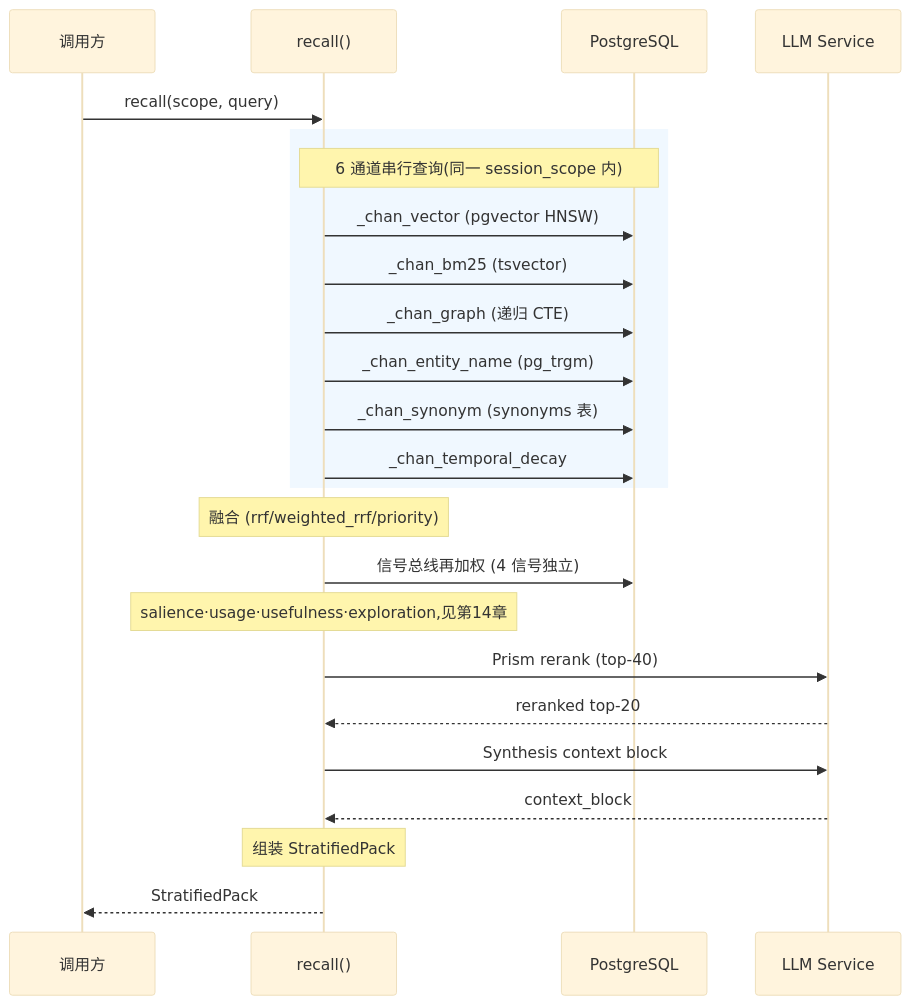
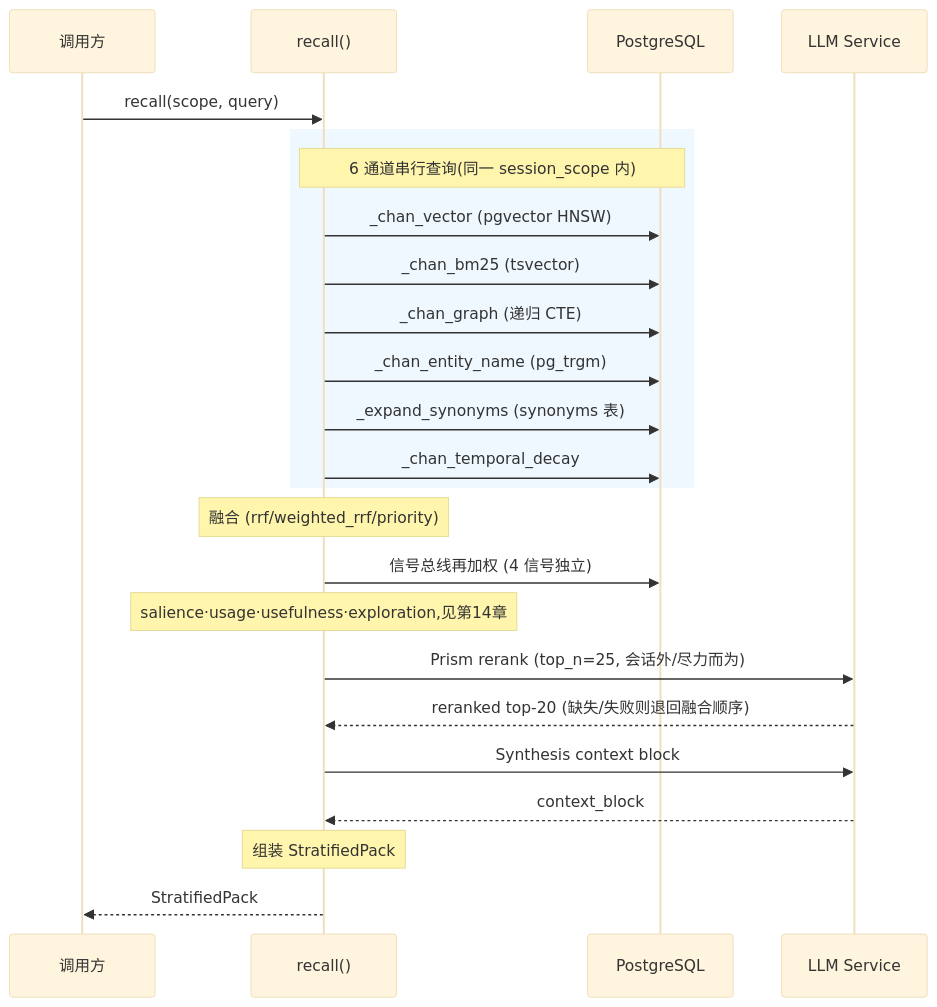
Before and after one commit to pty819/cortex-py-book: the second of 2 diagrams in source/chapters/16-rrf-fusion.md, drawn with Mermaid (base theme). The commit also changed other lines of this file and 27 other files, not shown here.

````diff
--- a/source/chapters/16-rrf-fusion.md
+++ b/source/chapters/16-rrf-fusion.md
@@ -169,34 +182,34 @@
 ```{mermaid}
 sequenceDiagram
     participant C as 调用方
     participant R as recall()
     participant DB as PostgreSQL
     participant LLM as LLM Service
     
     C->>R: recall(scope, query)
     
     rect rgb(240,248,255)
         Note over R,DB: 6 通道串行查询(同一 session_scope 内)
         R->>DB: _chan_vector (pgvector HNSW)
         R->>DB: _chan_bm25 (tsvector)
         R->>DB: _chan_graph (递归 CTE)
         R->>DB: _chan_entity_name (pg_trgm)
-        R->>DB: _chan_synonym (synonyms 表)
+        R->>DB: _expand_synonyms (synonyms 表)
         R->>DB: _chan_temporal_decay
     end
     
     Note over R: 融合 (rrf/weighted_rrf/priority)
 
     R->>DB: 信号总线再加权 (4 信号独立)
     Note over R: salience·usage·usefulness·exploration,见第14章
 
-    R->>LLM: Prism rerank (top-40)
-    LLM-->>R: reranked top-20
+    R->>LLM: Prism rerank (top_n=25, 会话外/尽力而为)
+    LLM-->>R: reranked top-20 (缺失/失败则退回融合顺序)
     
     R->>LLM: Synthesis context block
     LLM-->>R: context_block
     
     Note over R: 组装 StratifiedPack
     
     R-->>C: StratifiedPack
 ```
````
